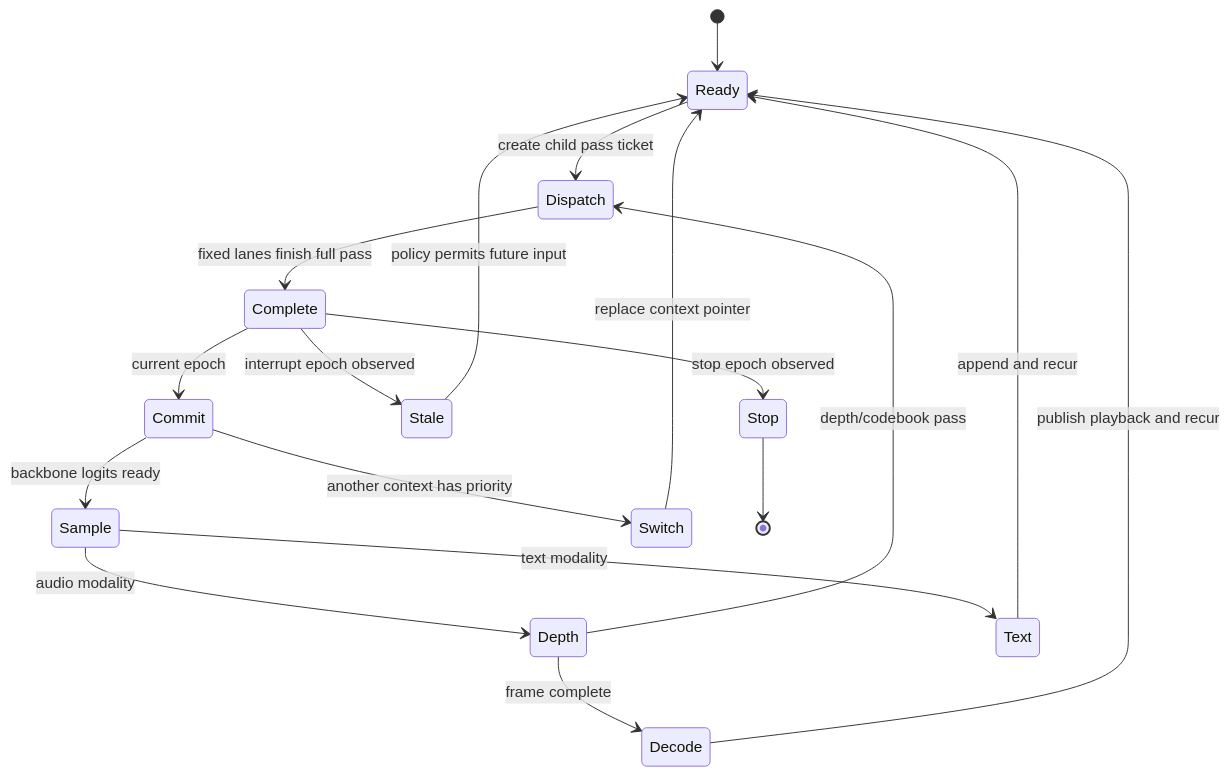
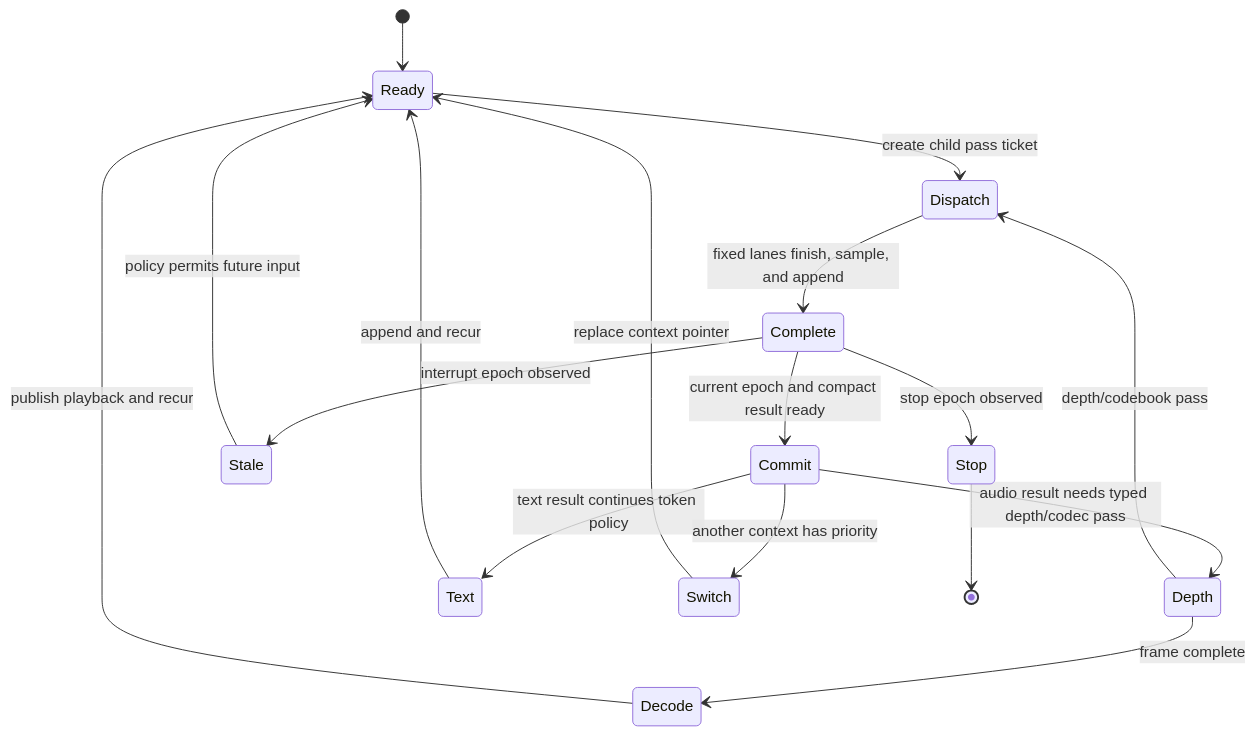
One commit to SolaceHarmony/emberharmony changed the third of 3 diagrams in specs/11-kcoro-native-migration/03-scheduler-passes-and-recurrence.md. Above: the diagram before and after it, drawn with Mermaid. The commit also changed other lines of this file and 13 other files, not shown here.

````diff
--- a/specs/11-kcoro-native-migration/03-scheduler-passes-and-recurrence.md
+++ b/specs/11-kcoro-native-migration/03-scheduler-passes-and-recurrence.md
@@ -476,20 +496,19 @@
 ```mermaid
 stateDiagram-v2
     [*] --> Ready
     Ready --> Dispatch: create child pass ticket
-    Dispatch --> Complete: fixed lanes finish full pass
+    Dispatch --> Complete: fixed lanes finish, sample, and append
     Complete --> Stop: stop epoch observed
     Complete --> Stale: interrupt epoch observed
-    Complete --> Commit: current epoch
-    Commit --> Sample: backbone logits ready
-    Sample --> Depth: audio modality
-    Sample --> Text: text modality
+    Complete --> Commit: current epoch and compact result ready
+    Commit --> Depth: audio result needs typed depth/codec pass
+    Commit --> Text: text result continues token policy
     Depth --> Dispatch: depth/codebook pass
     Text --> Ready: append and recur
     Depth --> Decode: frame complete
     Decode --> Ready: publish playback and recur
     Commit --> Switch: another context has priority
     Switch --> Ready: replace context pointer
     Stale --> Ready: policy permits future input
     Stop --> [*]
 ```
````
